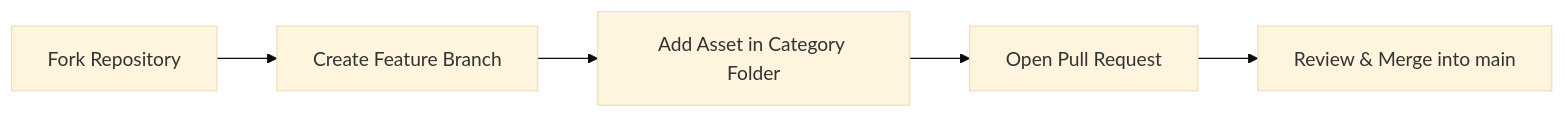
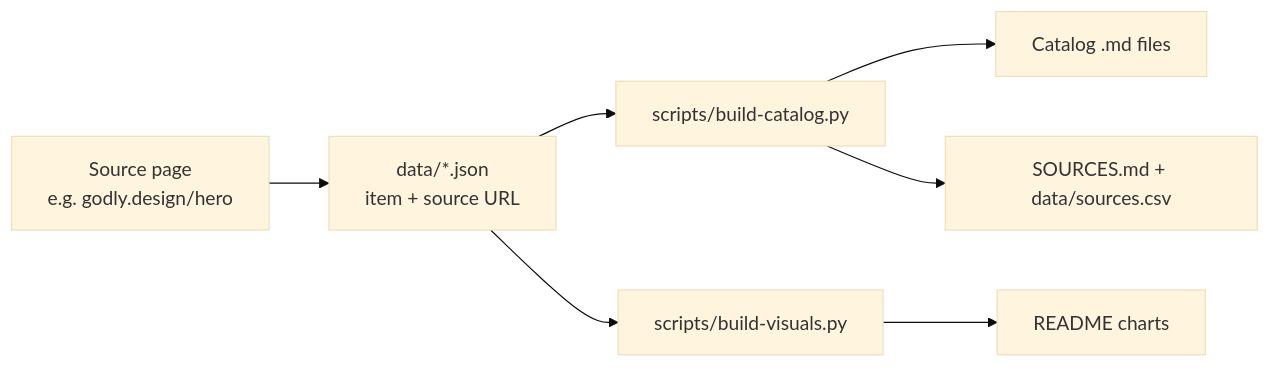
The diagram in README.md (satiricalguru/Frontend-Library), drawn with Mermaid (base theme) before and after one commit. The commit also changed other lines of this file and 66 other files, not shown here.

````diff
--- a/README.md
+++ b/README.md
@@ -101,7 +158,8 @@
 ```mermaid
 flowchart LR
-  A["Fork Repository"] --> B["Create Feature Branch"]
-  B --> C["Add Asset in Category Folder"]
-  C --> D["Open Pull Request"]
-  D --> E["Review & Merge into main"]
+  A["Source page<br/>e.g. godly.design/hero"] --> B["data/*.json<br/>item + source URL"]
+  B --> C["scripts/build-catalog.py"]
+  C --> D["Catalog .md files"]
+  C --> E["SOURCES.md + data/sources.csv"]
+  B --> F["scripts/build-visuals.py"] --> G["README charts"]
 ```
````
